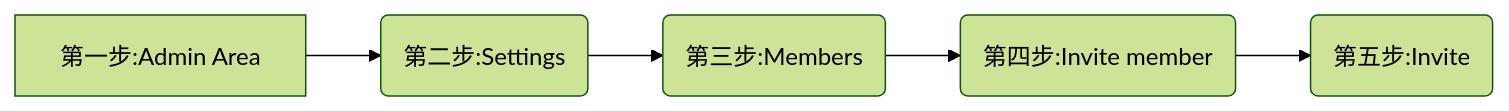
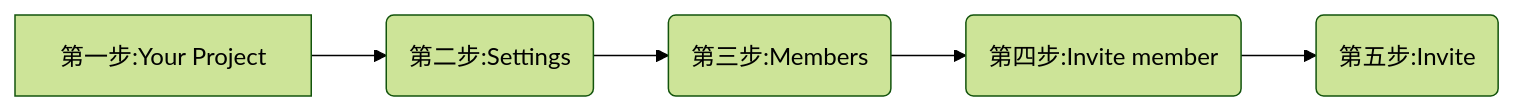
The fourth of 9 diagrams in 22.2gitlab&genkins文档.md (bingyuantin163/myproject01), drawn with Mermaid (forest theme) before and after one commit. The commit also changed other lines of this file, not shown here.

Commit message:
gitlab修改

````diff
--- a/22.2gitlab&genkins文档.md
+++ b/22.2gitlab&genkins文档.md
@@ -89,4 +89,4 @@
 ```mermaid
 graph LR
-AdminArea[第一步:Admin Area]-->Settings(第二步:Settings)-->Members(第三步:Members)-->Invitemember(第四步:Invite member)-->Invite(第五步:Invite)
+YourProject[第一步:Your Project ]-->Settings(第二步:Settings)-->Members(第三步:Members)-->Invitemember(第四步:Invite member)-->Invite(第五步:Invite)
 ```
````
